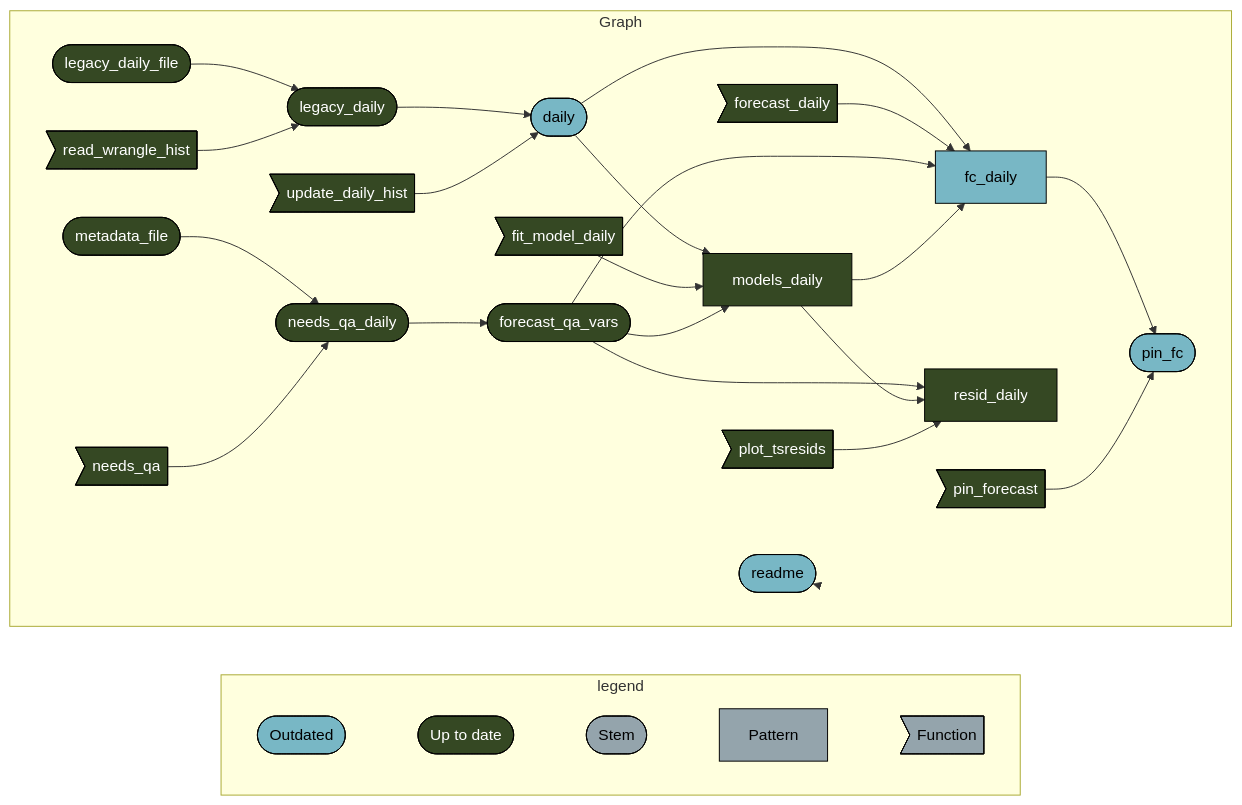
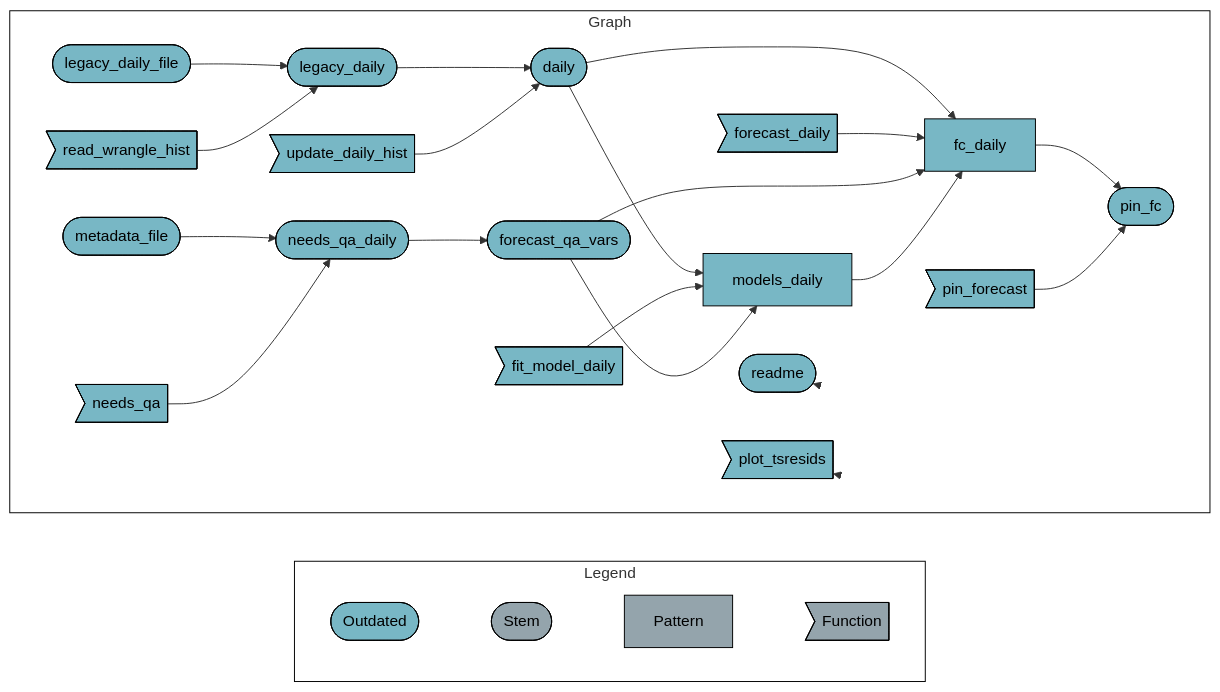
Before and after one commit to uace-azmet/azmet-forecast-qa: the diagram in README.md, drawn with Mermaid. The commit also changed other lines of this file and 1 other file, not shown here.

Commit message:
update repostatus and add note

````diff
--- a/README.md
+++ b/README.md
@@ -91,41 +97,39 @@
 ``` mermaid
 graph LR
-  subgraph legend
+  style Legend fill:#FFFFFF00,stroke:#000000;
+  style Graph fill:#FFFFFF00,stroke:#000000;
+  subgraph Legend
     direction LR
-    x0a52b03877696646([""Outdated""]):::outdated --- x7420bd9270f8d27d([""Up to date""]):::uptodate
-    x7420bd9270f8d27d([""Up to date""]):::uptodate --- xbf4603d6c2c2ad6b([""Stem""]):::none
-    xbf4603d6c2c2ad6b([""Stem""]):::none --- x70a5fa6bea6f298d[""Pattern""]:::none
-    x70a5fa6bea6f298d[""Pattern""]:::none --- xf0bce276fe2b9d3e>""Function""]:::none
+    x2db1ec7a48f65a9b([""Outdated""]):::outdated --- xd03d7c7dd2ddda2b([""Stem""]):::none
+    xd03d7c7dd2ddda2b([""Stem""]):::none --- x6f7e04ea3427f824[""Pattern""]:::none
+    x6f7e04ea3427f824[""Pattern""]:::none --- xeb2d7cac8a1ce544>""Function""]:::none
   end
   subgraph Graph
     direction LR
-    x3d7b2a2ab5636113(["metadata_file"]):::uptodate --> xdfae9ea4e5207cef(["needs_qa_daily"]):::uptodate
-    x06ab7116eed66f15>"needs_qa"]:::uptodate --> xdfae9ea4e5207cef(["needs_qa_daily"]):::uptodate
-    xdfae9ea4e5207cef(["needs_qa_daily"]):::uptodate --> x601d3b0e7d261371(["forecast_qa_vars"]):::uptodate
-    x1920bdb737e11d2e(["legacy_daily_file"]):::uptodate --> xff9b736edef41c8b(["legacy_daily"]):::uptodate
-    x842666df821db265>"read_wrangle_hist"]:::uptodate --> xff9b736edef41c8b(["legacy_daily"]):::uptodate
-    x6233d5fdb54d5242(["daily"]):::outdated --> xdd96ec4b0bb5ab6b["fc_daily"]:::outdated
-    x4bc7352f98499683>"forecast_daily"]:::uptodate --> xdd96ec4b0bb5ab6b["fc_daily"]:::outdated
-    x601d3b0e7d261371(["forecast_qa_vars"]):::uptodate --> xdd96ec4b0bb5ab6b["fc_daily"]:::outdated
-    x4d3c4dcfeadc796d["models_daily"]:::uptodate --> xdd96ec4b0bb5ab6b["fc_daily"]:::outdated
-    x601d3b0e7d261371(["forecast_qa_vars"]):::uptodate --> x0bb4ecca77d3d4a0["resid_daily"]:::uptodate
-    x4d3c4dcfeadc796d["models_daily"]:::uptodate --> x0bb4ecca77d3d4a0["resid_daily"]:::uptodate
-    x10e889bcd8b0fd60>"plot_tsresids"]:::uptodate --> x0bb4ecca77d3d4a0["resid_daily"]:::uptodate
-    x6233d5fdb54d5242(["daily"]):::outdated --> x4d3c4dcfeadc796d["models_daily"]:::uptodate
-    x1f5572089e80d919>"fit_model_daily"]:::uptodate --> x4d3c4dcfeadc796d["models_daily"]:::uptodate
-    x601d3b0e7d261371(["forecast_qa_vars"]):::uptodate --> x4d3c4dcfeadc796d["models_daily"]:::uptodate
-    xdd96ec4b0bb5ab6b["fc_daily"]:::outdated --> x8f5c47b9b7da7e75(["pin_fc"]):::outdated
-    x82c22abbb211b5ee>"pin_forecast"]:::uptodate --> x8f5c47b9b7da7e75(["pin_fc"]):::outdated
-    xff9b736edef41c8b(["legacy_daily"]):::uptodate --> x6233d5fdb54d5242(["daily"]):::outdated
-    x8b3096a190996662>"update_daily_hist"]:::uptodate --> x6233d5fdb54d5242(["daily"]):::outdated
-    x6e52cb0f1668cc22(["readme"]):::outdated --> x6e52cb0f1668cc22(["readme"]):::outdated
+    x3a2c1e6b1a8919f9["fc_daily"]:::outdated --> x2dde479bf4afe5ba(["pin_fc"]):::outdated
+    xc7099a8821f6b08e>"pin_forecast"]:::outdated --> x2dde479bf4afe5ba(["pin_fc"]):::outdated
+    x80e05d6ea9d26489(["legacy_daily"]):::outdated --> xd7668d23fa76d501(["daily"]):::outdated
+    x92a7ad915bb17e4e>"update_daily_hist"]:::outdated --> xd7668d23fa76d501(["daily"]):::outdated
+    xd7668d23fa76d501(["daily"]):::outdated --> x3a2c1e6b1a8919f9["fc_daily"]:::outdated
+    x82d6b41eabe0119e>"forecast_daily"]:::outdated --> x3a2c1e6b1a8919f9["fc_daily"]:::outdated
+    x5748d452d6611609(["forecast_qa_vars"]):::outdated --> x3a2c1e6b1a8919f9["fc_daily"]:::outdated
+    xcb708460d8bb5c96["models_daily"]:::outdated --> x3a2c1e6b1a8919f9["fc_daily"]:::outdated
+    xd7668d23fa76d501(["daily"]):::outdated --> xcb708460d8bb5c96["models_daily"]:::outdated
+    xb6ddcbcf724c9bdd>"fit_model_daily"]:::outdated --> xcb708460d8bb5c96["models_daily"]:::outdated
+    x5748d452d6611609(["forecast_qa_vars"]):::outdated --> xcb708460d8bb5c96["models_daily"]:::outdated
+    xc87609a2c694f266(["needs_qa_daily"]):::outdated --> x5748d452d6611609(["forecast_qa_vars"]):::outdated
+    x49fc6b88600597f0(["legacy_daily_file"]):::outdated --> x80e05d6ea9d26489(["legacy_daily"]):::outdated
+    x03935871fc275574>"read_wrangle_hist"]:::outdated --> x80e05d6ea9d26489(["legacy_daily"]):::outdated
+    x98d244f393cdd7a9(["metadata_file"]):::outdated --> xc87609a2c694f266(["needs_qa_daily"]):::outdated
+    xe550334f5a0d993c>"needs_qa"]:::outdated --> xc87609a2c694f266(["needs_qa_daily"]):::outdated
+    xc11069275cfeb620(["readme"]):::outdated --> xc11069275cfeb620(["readme"]):::outdated
+    x944a1cde0b0bd189>"plot_tsresids"]:::outdated --> x944a1cde0b0bd189>"plot_tsresids"]:::outdated
   end
   classDef outdated stroke:#000000,color:#000000,fill:#78B7C5;
-  classDef uptodate stroke:#000000,color:#ffffff,fill:#354823;
   classDef none stroke:#000000,color:#000000,fill:#94a4ac;
   linkStyle 0 stroke-width:0px;
   linkStyle 1 stroke-width:0px;
   linkStyle 2 stroke-width:0px;
-  linkStyle 3 stroke-width:0px;
-  linkStyle 23 stroke-width:0px;
+  linkStyle 19 stroke-width:0px;
+  linkStyle 20 stroke-width:0px;
 ```
````
